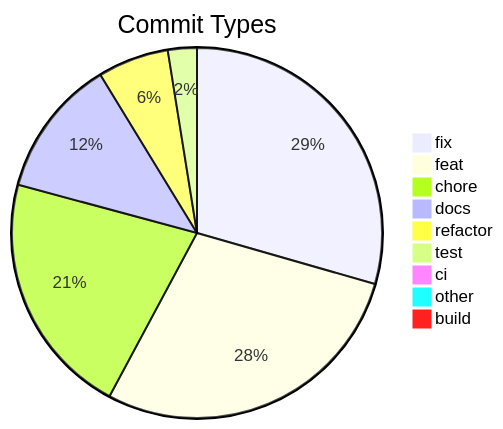
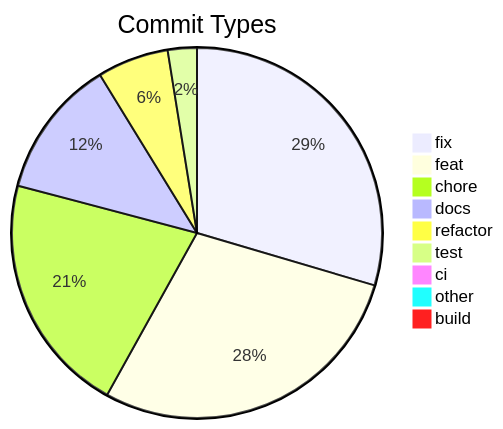
Before and after one commit to svenroth-ai/shipwright: the diagram in .shipwright/compliance/change-history.md, drawn with Mermaid. The commit also changed other lines of this file and 11 other files, not shown here.

````diff
--- a/.shipwright/compliance/change-history.md
+++ b/.shipwright/compliance/change-history.md
@@ -10,12 +10,12 @@
 ```mermaid
 pie title Commit Types
     "fix" : 361
     "feat" : 348
-    "chore" : 262
+    "chore" : 257
     "docs" : 148
     "refactor" : 76
     "test" : 31
     "ci" : 11
     "other" : 9
     "build" : 1
 ```
````
